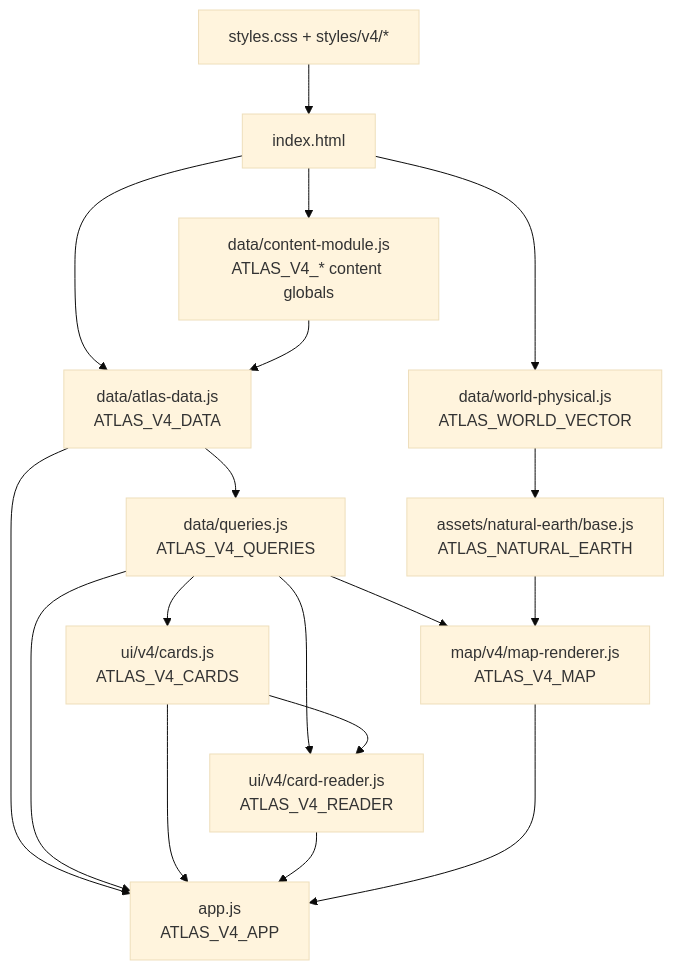
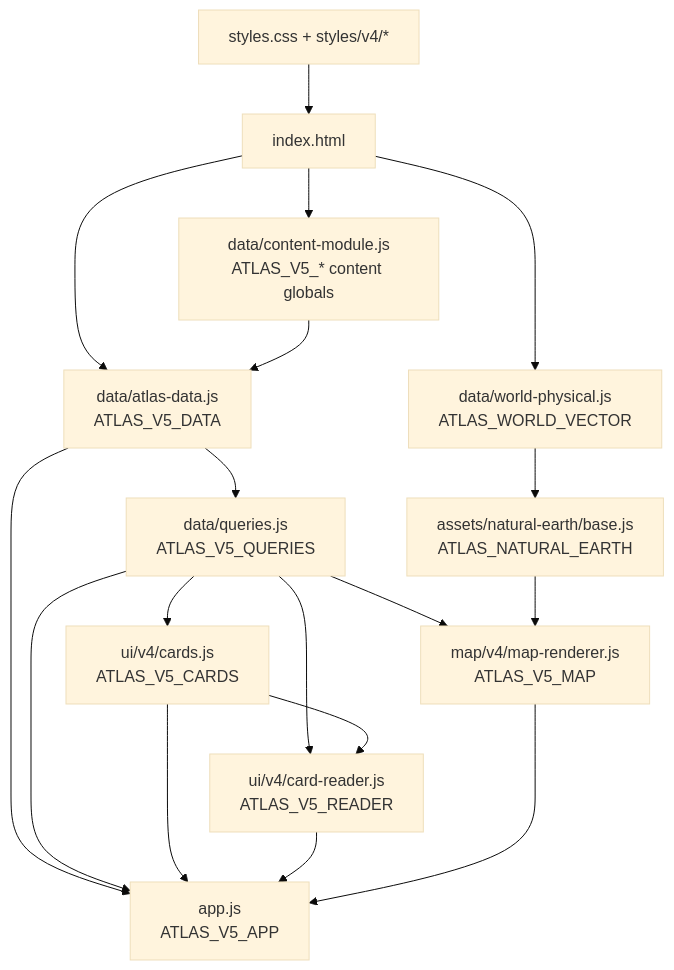
The first of 4 diagrams in docs/ARCHITECTURE_AND_DATA_MODEL.md (jiaxun-li/civilization-wander), drawn with Mermaid (base theme) before and after one commit. The commit also changed other lines of this file and 48 other files, not shown here.

````diff
--- a/docs/ARCHITECTURE_AND_DATA_MODEL.md
+++ b/docs/ARCHITECTURE_AND_DATA_MODEL.md
@@ -33,20 +33,20 @@
 ```mermaid
 flowchart TD
     HTML["index.html"] --> WP["data/world-physical.js\nATLAS_WORLD_VECTOR"]
-    HTML --> CM["data/content-module.js\nATLAS_V4_* content globals"]
-    HTML --> D["data/atlas-data.js\nATLAS_V4_DATA"]
+    HTML --> CM["data/content-module.js\nATLAS_V5_* content globals"]
+    HTML --> D["data/atlas-data.js\nATLAS_V5_DATA"]
     CM --> D
-    D --> Q["data/queries.js\nATLAS_V4_QUERIES"]
-    Q --> C["ui/v4/cards.js\nATLAS_V4_CARDS"]
-    Q --> R["ui/v4/card-reader.js\nATLAS_V4_READER"]
+    D --> Q["data/queries.js\nATLAS_V5_QUERIES"]
+    Q --> C["ui/v4/cards.js\nATLAS_V5_CARDS"]
+    Q --> R["ui/v4/card-reader.js\nATLAS_V5_READER"]
     C --> R
     WP --> B["assets/natural-earth/base.js\nATLAS_NATURAL_EARTH"]
-    Q --> M["map/v4/map-renderer.js\nATLAS_V4_MAP"]
+    Q --> M["map/v4/map-renderer.js\nATLAS_V5_MAP"]
     B --> M
-    D --> A["app.js\nATLAS_V4_APP"]
+    D --> A["app.js\nATLAS_V5_APP"]
     Q --> A
     C --> A
     R --> A
     M --> A
     CSS["styles.css + styles/v4/*"] --> HTML
 ```
````
